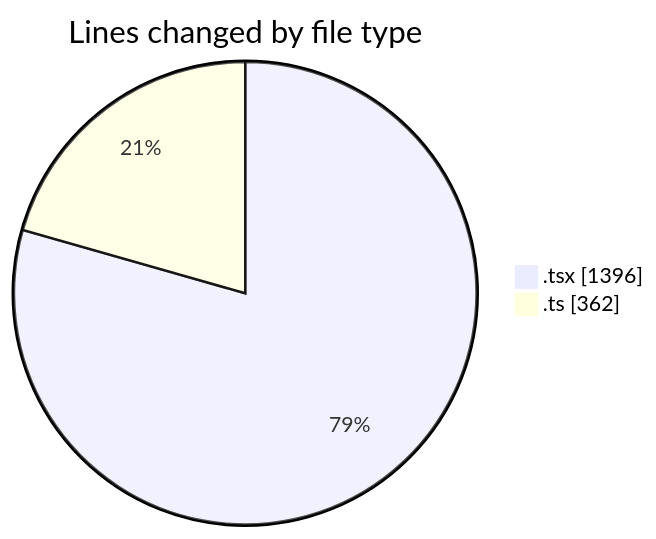
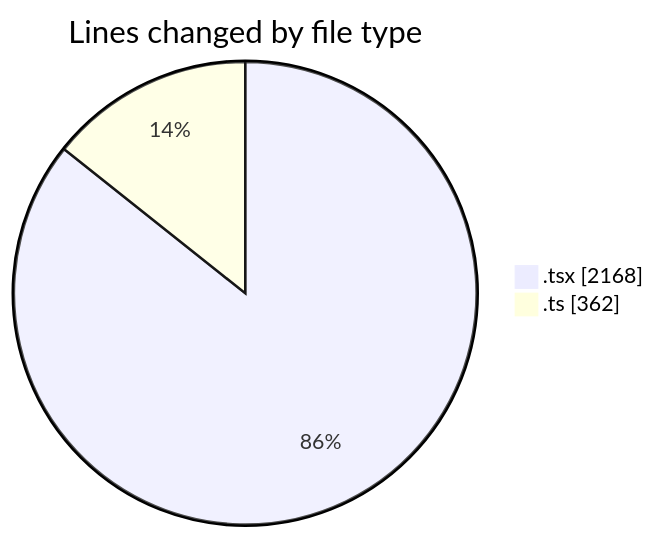
The first of 2 diagrams in 2025-07-02/cda/README.md (momahboobian/code-tracking), drawn with Mermaid before and after one commit. The commit also changed other lines of this file and 1 other file, not shown here.

````diff
--- a/2025-07-02/cda/README.md
+++ b/2025-07-02/cda/README.md
@@ -22,6 +23,6 @@
 ```mermaid
 pie showData
 title Lines changed by file type
-".tsx" : 1396
+".tsx" : 2168
 ".ts" : 362
 ```
````
